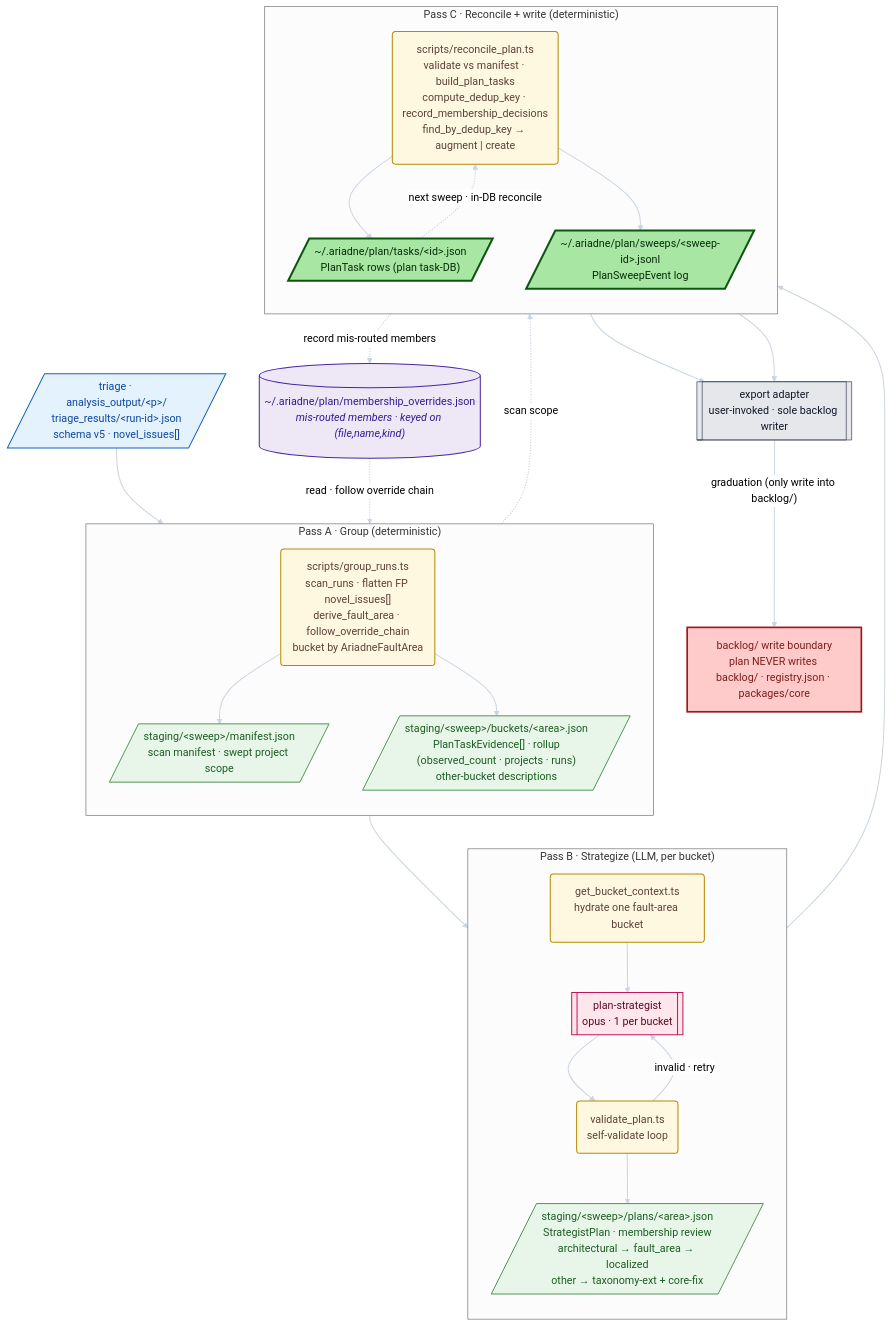
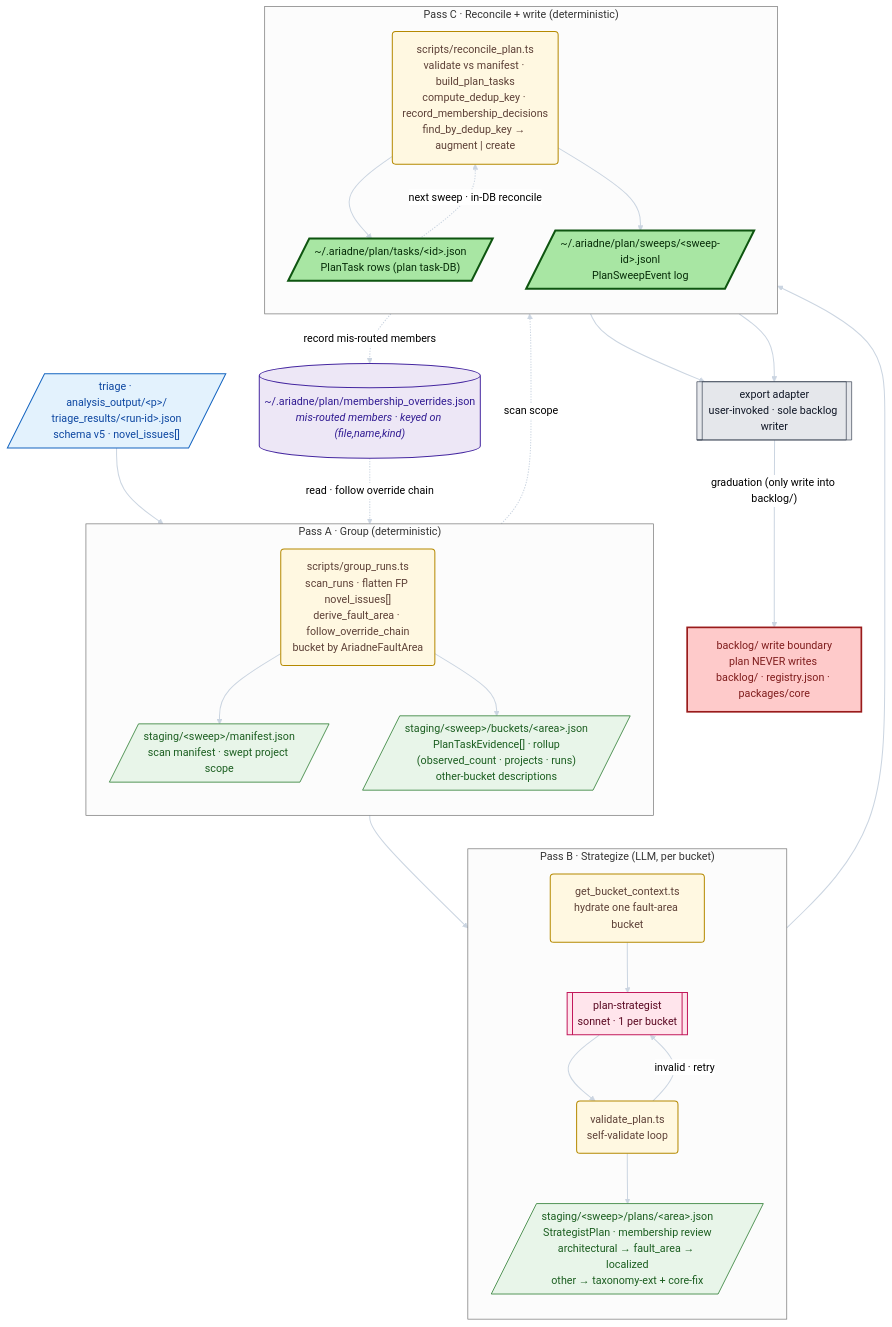
The diagram in .claude/skills/plan/README.per-step.mmd (CRJFisher/ariadne), drawn with Mermaid (neutral theme) before and after one commit. The commit also changed 27 other files, not shown here.

First line of the commit message:
chore(pipeline): downshift sub-agent models (triage-investigator to haiku, planning and refactor agents to sonnet)

```diff
--- a/.claude/skills/plan/README.per-step.mmd
+++ b/.claude/skills/plan/README.per-step.mmd
@@ -1,59 +1,59 @@
 flowchart TD
   classDef ext        fill:#e3f2fd,stroke:#1565c0,stroke-width:1.5px,color:#0d47a1
   classDef store      fill:#ede7f6,stroke:#4527a0,stroke-width:1.5px,color:#311b92
   classDef artifact   fill:#e8f5e9,stroke:#2e7d32,stroke-width:1.2px,color:#1b5e20
   classDef step       fill:#fff8e1,stroke:#b58900,stroke-width:1.5px,color:#5d4037
   classDef agent      fill:#ffe5ec,stroke:#c2185b,stroke-width:1.5px,color:#5a0922
   classDef inter      fill:#f5f5f5,stroke:#616161,stroke-width:1px,color:#212121,stroke-dasharray:3 3
   classDef published  fill:#a8e6a3,stroke:#0e5510,stroke-width:3px,color:#062c08
   classDef downstream fill:#e5e7eb,stroke:#374151,stroke-width:1px,color:#111827
   classDef boundary   fill:#fecaca,stroke:#991b1b,stroke-width:2.5px,color:#7f1d1d
 
   TR[/"triage · analysis_output/&lt;p&gt;/<br/>triage_results/&lt;run-id&gt;.json<br/>schema v5 · novel_issues[]"/]:::ext
 
   MO[("~/.ariadne/plan/membership_overrides.json<br/><i>mis-routed members · keyed on (file,name,kind)</i>")]:::store
 
   subgraph PA["Pass A · Group (deterministic)"]
     direction TB
     SA("scripts/group_runs.ts<br/>scan_runs · flatten FP novel_issues[]<br/>derive_fault_area · follow_override_chain<br/>bucket by AriadneFaultArea"):::step
     MAN[/"staging/&lt;sweep&gt;/manifest.json<br/>scan manifest · swept project scope"/]:::artifact
     BK[/"staging/&lt;sweep&gt;/buckets/&lt;area&gt;.json<br/>PlanTaskEvidence[] · rollup<br/>(observed_count · projects · runs)<br/>other-bucket descriptions"/]:::artifact
   end
 
   subgraph PB["Pass B · Strategize (LLM, per bucket)"]
     direction TB
     HY("get_bucket_context.ts<br/>hydrate one fault-area bucket"):::step
-    AGB[["plan-strategist<br/>opus · 1 per bucket"]]:::agent
+    AGB[["plan-strategist<br/>sonnet · 1 per bucket"]]:::agent
     VAL("validate_plan.ts<br/>self-validate loop"):::step
     SP[/"staging/&lt;sweep&gt;/plans/&lt;area&gt;.json<br/>StrategistPlan · membership review<br/>architectural → fault_area → localized<br/>other → taxonomy-ext + core-fix"/]:::artifact
   end
 
   subgraph PC["Pass C · Reconcile + write (deterministic)"]
     direction TB
     RC("scripts/reconcile_plan.ts<br/>validate vs manifest · build_plan_tasks<br/>compute_dedup_key · record_membership_decisions<br/>find_by_dedup_key → augment | create"):::step
     PT[/"~/.ariadne/plan/tasks/&lt;id&gt;.json<br/>PlanTask rows (plan task-DB)"/]:::published
     SW[/"~/.ariadne/plan/sweeps/&lt;sweep-id&gt;.jsonl<br/>PlanSweepEvent log"/]:::published
   end
 
   EXP[["export adapter<br/>user-invoked · sole backlog writer"]]:::downstream
   FW["backlog/ write boundary<br/>plan NEVER writes backlog/ · registry.json · packages/core"]:::boundary
 
   TR --> SA
   MO -. "read · follow override chain" .-> SA
   SA --> MAN
   SA --> BK --> HY
   MAN -. "scan scope" .-> RC
   HY --> AGB --> VAL
   VAL -- "invalid · retry" --> AGB
   VAL --> SP
   SP --> RC
   RC --> PT
   RC --> SW
   RC -. "record mis-routed members" .-> MO
   PT -. "next sweep · in-DB reconcile" .-> RC
 
   PT --> EXP
   SW --> EXP
   EXP == "graduation (only write into backlog/)" ==> FW
 
   linkStyle default stroke:#cbd5e1,stroke-width:1.5px
```
